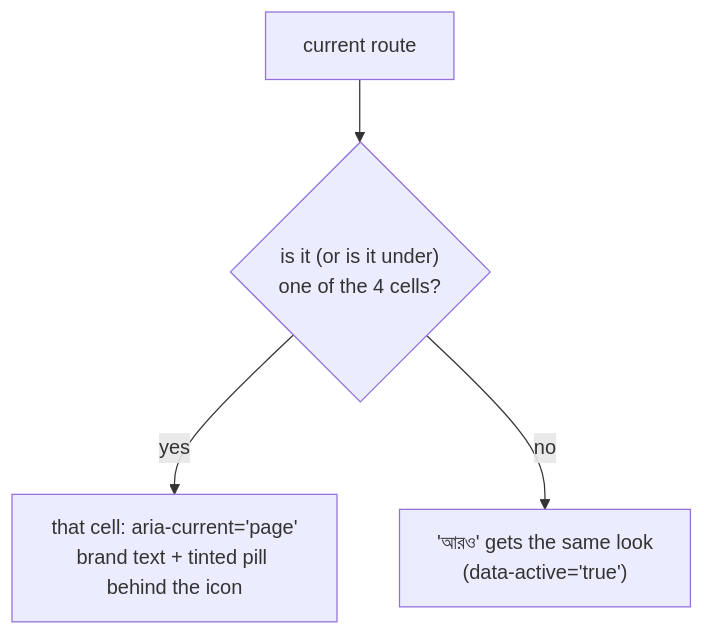
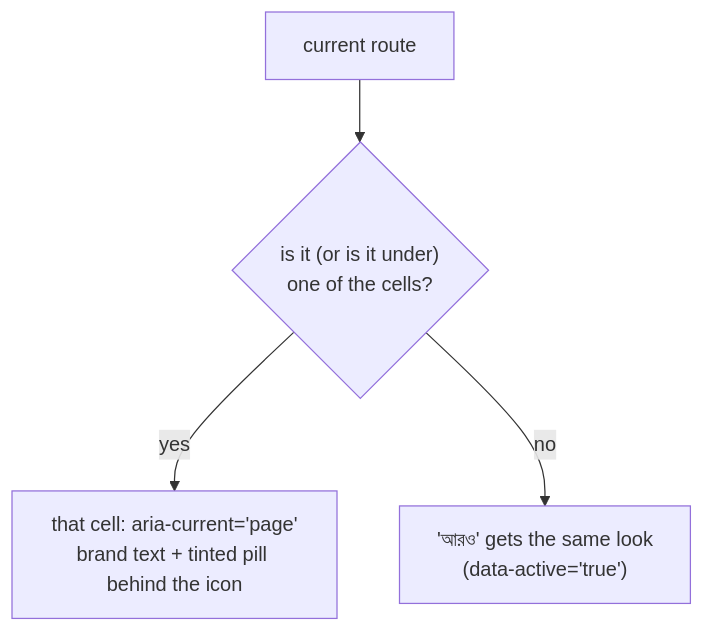
One commit to tareq89/biddaloy changed the second of 2 diagrams in .claude/skills/redesign-page/nav-icons.md. Above: the diagram before and after it, drawn with Mermaid. The commit also changed other lines of this file and 9 other files, not shown here.

````diff
--- a/.claude/skills/redesign-page/nav-icons.md
+++ b/.claude/skills/redesign-page/nav-icons.md
@@ -136,6 +157,6 @@
 ```mermaid
 flowchart TD
-  A["current route"] --> B{"is it (or is it under)<br/>one of the 4 cells?"}
+  A["current route"] --> B{"is it (or is it under)<br/>one of the cells?"}
   B -->|"yes"| C["that cell: aria-current='page'<br/>brand text + tinted pill behind the icon"]
   B -->|"no"| D["'আরও' gets the same look<br/>(data-active='true')"]
 ```
````
